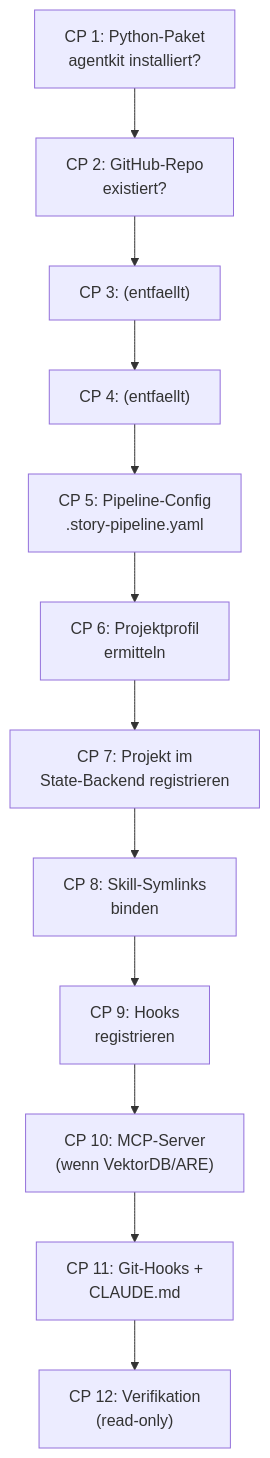
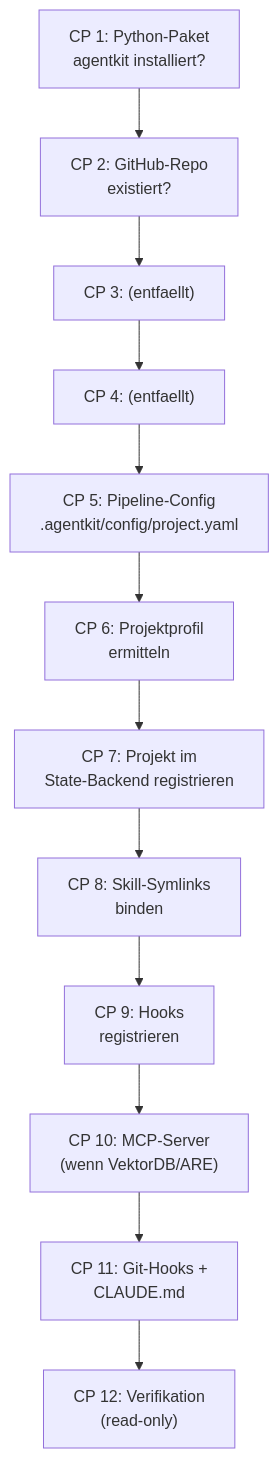
One commit to saltenhof/claude-agentkit3 changed the diagram in concept/technical-design/50_installer_checkpoint_engine_bootstrap.md. Above: the diagram before and after it, drawn with Mermaid. The commit also changed other lines of this file and 17 other files, not shown here.

First line of the commit message:
.story-pipeline.yaml -> project.yaml in Konzepten (51 Stellen)

````diff
--- a/concept/technical-design/50_installer_checkpoint_engine_bootstrap.md
+++ b/concept/technical-design/50_installer_checkpoint_engine_bootstrap.md
@@ -128,15 +128,15 @@
 ```mermaid
 flowchart TD
     CP1["CP 1: Python-Paket<br/>agentkit installiert?"] --> CP2
     CP2["CP 2: GitHub-Repo<br/>existiert?"] --> CP3
     CP3["CP 3: (entfaellt)"] --> CP4
     CP4["CP 4: (entfaellt)"] --> CP5
-    CP5["CP 5: Pipeline-Config<br/>.story-pipeline.yaml"] --> CP6
+    CP5["CP 5: Pipeline-Config<br/>.agentkit/config/project.yaml"] --> CP6
     CP6["CP 6: Projektprofil<br/>ermitteln"] --> CP7
     CP7["CP 7: Projekt im<br/>State-Backend registrieren"] --> CP8
     CP8["CP 8: Skill-Symlinks<br/>binden"] --> CP9
     CP9["CP 9: Hooks<br/>registrieren"] --> CP10
     CP10["CP 10: MCP-Server<br/>(wenn VektorDB/ARE)"] --> CP11
     CP11["CP 11: Git-Hooks +<br/>CLAUDE.md"] --> CP12
     CP12["CP 12: Verifikation<br/>(read-only)"]
 ```
````
